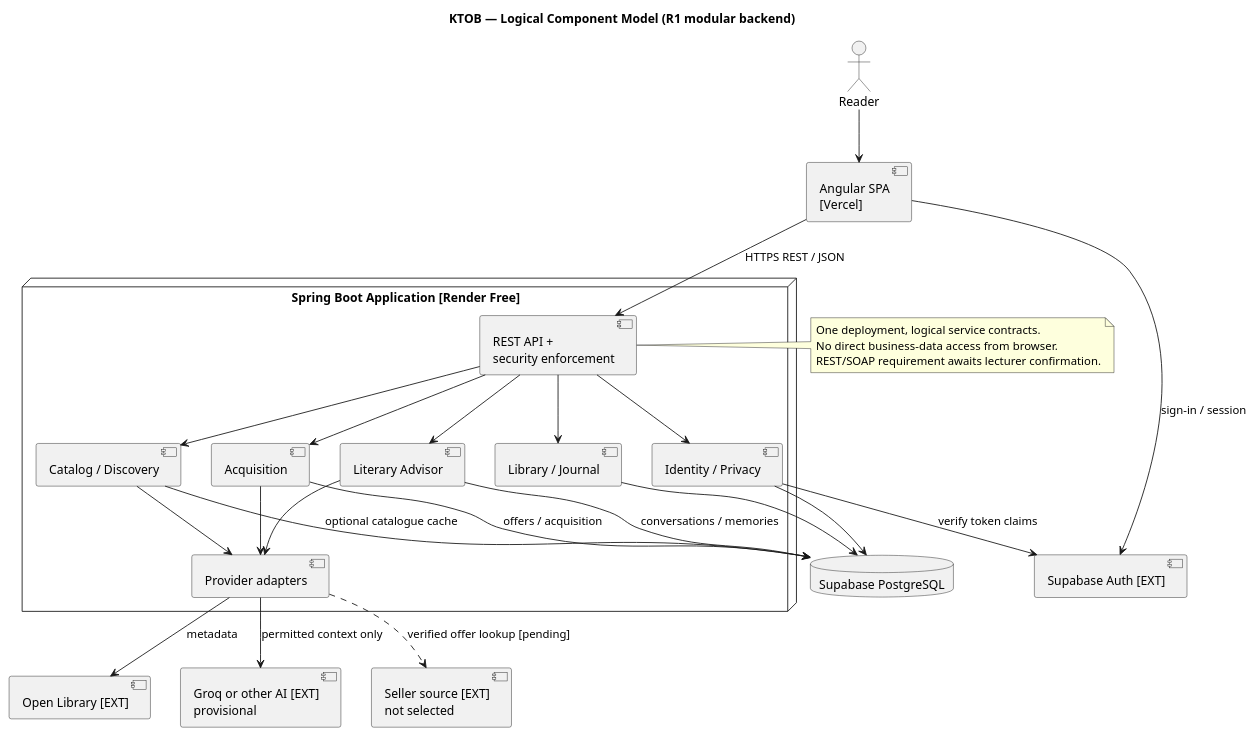
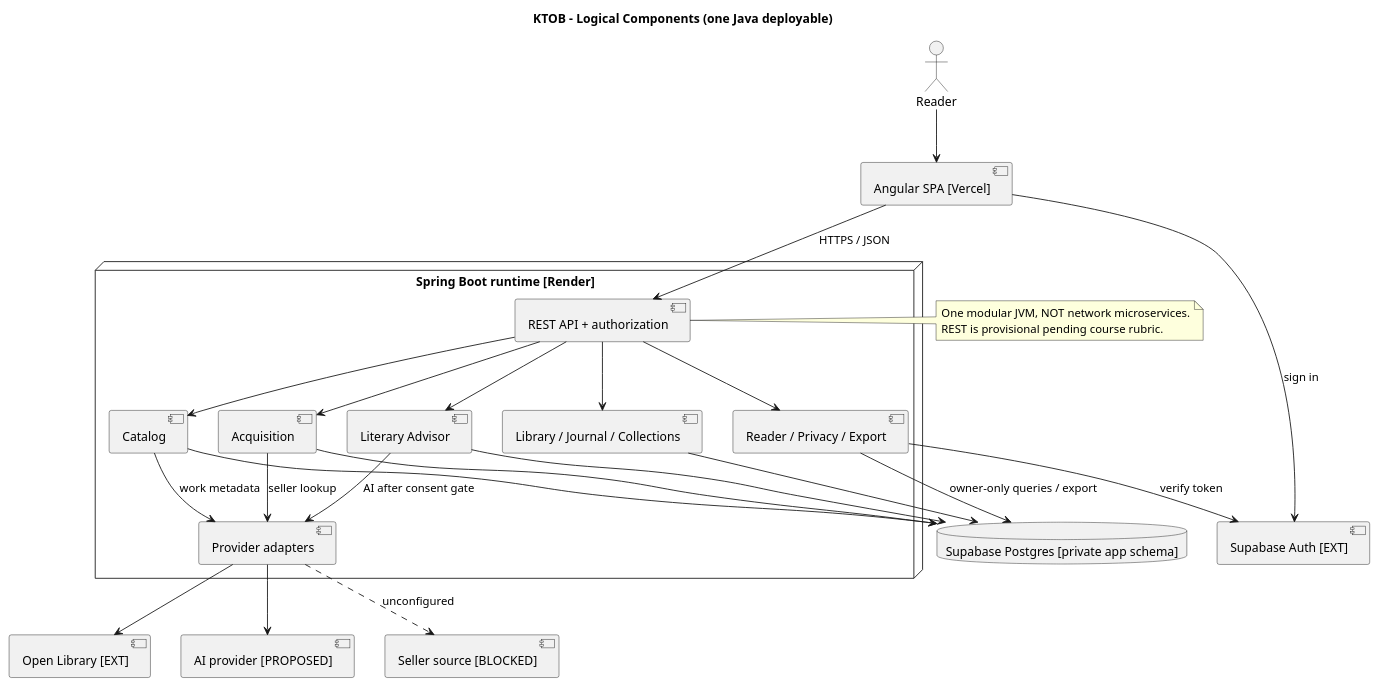
Before and after one commit to Adam-BArbia/ktob-literary-companion: the diagram in docs/uml/04-components.puml, drawn with PlantUML. The commit also changed 15 other files, not shown here.

Commit message:
docs(uml): reconcile consent, reading, ownership, offers and export across 16 diagrams

```diff
--- a/docs/uml/04-components.puml
+++ b/docs/uml/04-components.puml
@@ -1,45 +1,44 @@
 @startuml KTOB_04_components
-title KTOB — Logical Component Model (R1 modular backend)
+title KTOB - Logical Components (one Java deployable)
 skinparam componentStyle uml2
-component "Angular SPA\n[Vercel]" as Web
 actor Reader
-node "Spring Boot Application [Render Free]" {
-  component "REST API +\nsecurity enforcement" as API
-  component "Identity / Privacy" as Identity
-  component "Library / Journal" as Library
-  component "Catalog / Discovery" as Catalog
-  component "Literary Advisor" as Advisor
-  component "Acquisition" as Acquire
-  component "Provider adapters" as Adapters
+component "Angular SPA [Vercel]" as Web
+node "Spring Boot runtime [Render]" {
+ component "REST API + authorization" as API
+ component "Reader / Privacy / Export" as ReaderModule
+ component "Library / Journal / Collections" as LibraryModule
+ component "Catalog" as CatalogModule
+ component "Literary Advisor" as AdvisorModule
+ component "Acquisition" as AcqModule
+ component "Provider adapters" as Adapters
 }
-database "Supabase PostgreSQL" as DB
+database "Supabase Postgres [private app schema]" as DB
 component "Supabase Auth [EXT]" as Auth
-component "Open Library [EXT]" as Open
-component "Groq or other AI [EXT]\nprovisional" as AI
-component "Seller source [EXT]\nnot selected" as Sellers
+component "Open Library [EXT]" as OL
+component "AI provider [PROPOSED]" as AI
+component "Seller source [BLOCKED]" as Sellers
 Reader --> Web
-Web --> API : HTTPS REST / JSON
-Web --> Auth : sign-in / session
-API --> Identity
-API --> Library
-API --> Catalog
-API --> Advisor
-API --> Acquire
-Identity --> Auth : verify token claims
-Identity --> DB
-Library --> DB
-Catalog --> DB : optional catalogue cache
-Advisor --> DB : conversations / memories
-Acquire --> DB : offers / acquisition
-Catalog --> Adapters
-Advisor --> Adapters
-Acquire --> Adapters
-Adapters --> Open : metadata
-Adapters --> AI : permitted context only
-Adapters ..> Sellers : verified offer lookup [pending]
+Web --> API : HTTPS / JSON
+Web --> Auth : sign in
+API --> ReaderModule
+API --> LibraryModule
+API --> CatalogModule
+API --> AdvisorModule
+API --> AcqModule
+ReaderModule --> Auth : verify token
+ReaderModule --> DB : owner-only queries / export
+LibraryModule --> DB
+CatalogModule --> DB
+AdvisorModule --> DB
+AcqModule --> DB
+CatalogModule --> Adapters : work metadata
+AdvisorModule --> Adapters : AI after consent gate
+AcqModule --> Adapters : seller lookup
+Adapters --> OL
+Adapters --> AI
+Adapters ..> Sellers : unconfigured
 note right of API
-One deployment, logical service contracts.
-No direct business-data access from browser.
-REST/SOAP requirement awaits lecturer confirmation.
+One modular JVM, NOT network microservices.
+REST is provisional pending course rubric.
 end note
 @enduml
```
